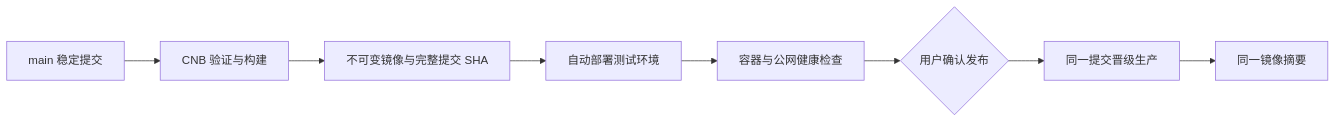
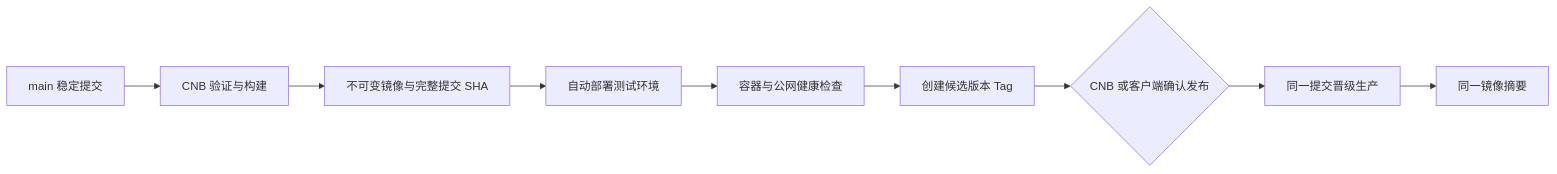
The diagram in README.md (blacksco0920-dot/deploydesk), drawn with Mermaid before and after one commit. The commit also changed other lines of this file and 75 other files, not shown here.

````diff
--- a/README.md
+++ b/README.md
@@ -30,10 +31,11 @@
 ```mermaid
 flowchart LR
   A[main 稳定提交] --> B[CNB 验证与构建]
   B --> C[不可变镜像与完整提交 SHA]
   C --> D[自动部署测试环境]
   D --> E[容器与公网健康检查]
-  E --> F{用户确认发布}
-  F --> G[同一提交晋级生产]
-  G --> H[同一镜像摘要]
+  E --> F[创建候选版本 Tag]
+  F --> G{CNB 或客户端确认发布}
+  G --> H[同一提交晋级生产]
+  H --> I[同一镜像摘要]
 ```
````
